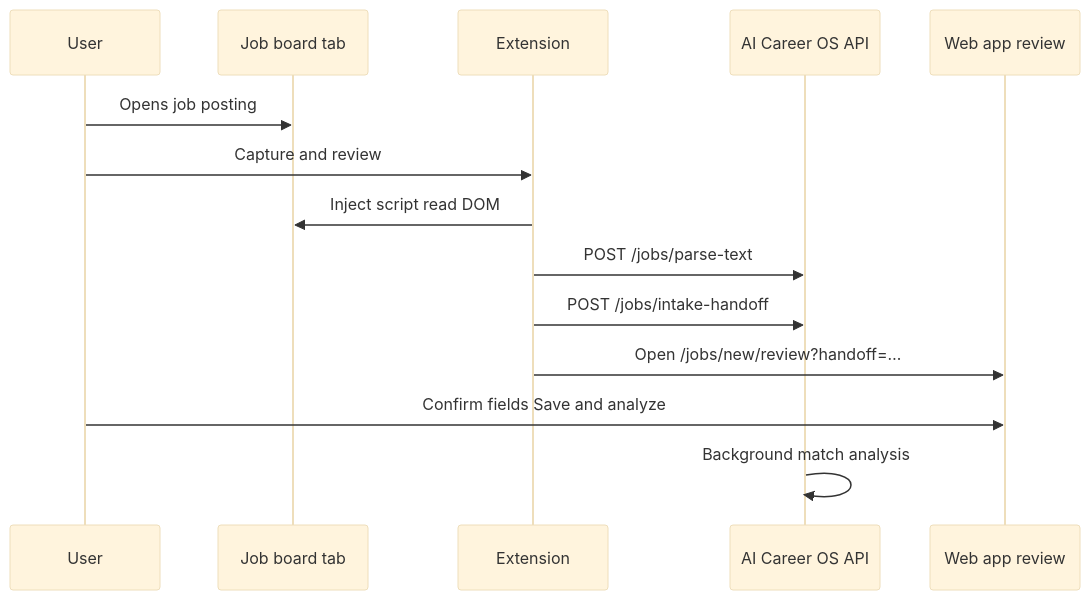
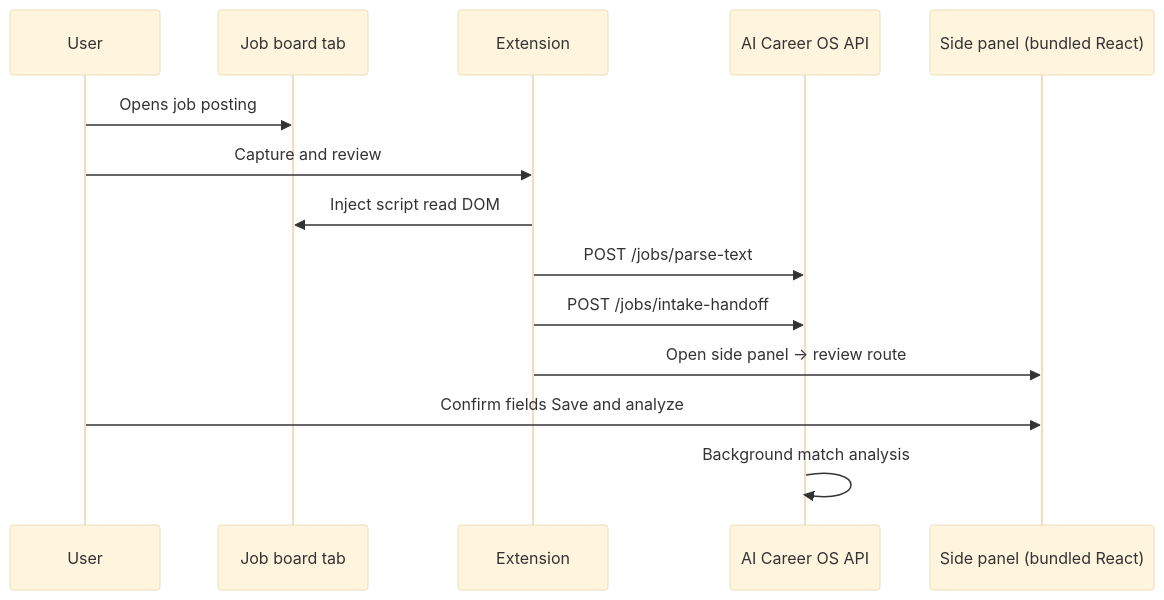
The second of 2 diagrams in README.md (semirturgay/ai-career-os), drawn with Mermaid (base theme) before and after one commit. The commit also changed other lines of this file and 42 other files, not shown here.

First line of the commit message:
feat: extension-first bundled side panel and LLM job page detection

````diff
--- a/README.md
+++ b/README.md
@@ -206,17 +215,17 @@
 ```mermaid
 sequenceDiagram
     participant User
     participant Tab as Job board tab
     participant Ext as Extension
     participant API as AI Career OS API
-    participant App as Web app review
+    participant App as Side panel (bundled React)
 
     User->>Tab: Opens job posting
     User->>Ext: Capture and review
     Ext->>Tab: Inject script read DOM
     Ext->>API: POST /jobs/parse-text
     Ext->>API: POST /jobs/intake-handoff
-    Ext->>App: Open /jobs/new/review?handoff=…
+    Ext->>App: Open side panel → review route
     User->>App: Confirm fields Save and analyze
     API->>API: Background match analysis
 ```
````
